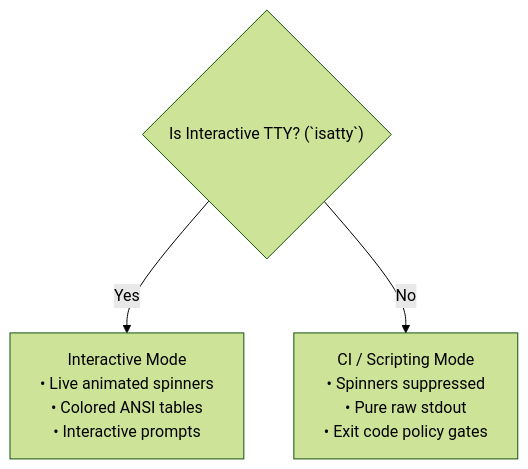
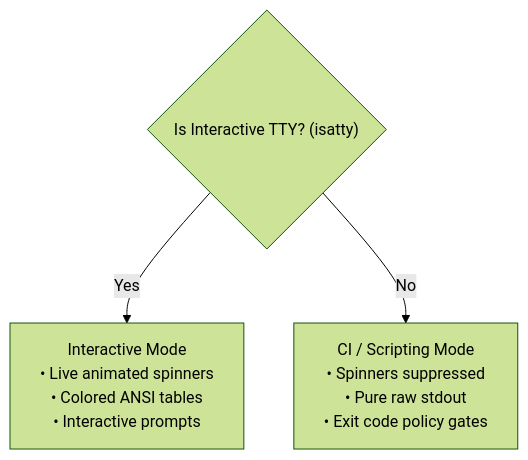
The third of 3 diagrams in docs/UI_UX.md (Subhadip-Paul2006/NETRA-Backend), drawn with Mermaid (forest theme) before and after one commit. The commit also changed other lines of this file and 14 other files, not shown here.

Commit message:
fix(docs): resolve GitHub Mermaid diagram lexical errors and KaTeX math formatting across all specifications

````diff
--- a/docs/UI_UX.md
+++ b/docs/UI_UX.md
@@ -121,6 +121,6 @@
 ```mermaid
 flowchart TD
-    Check{"Is Interactive TTY? (`isatty`)"}
+    Check{"Is Interactive TTY? (isatty)"}
     Check -- Yes --> Interactive["Interactive Mode<br/>• Live animated spinners<br/>• Colored ANSI tables<br/>• Interactive prompts"]
     Check -- No --> NonInteractive["CI / Scripting Mode<br/>• Spinners suppressed<br/>• Pure raw stdout<br/>• Exit code policy gates"]
 ```
````
